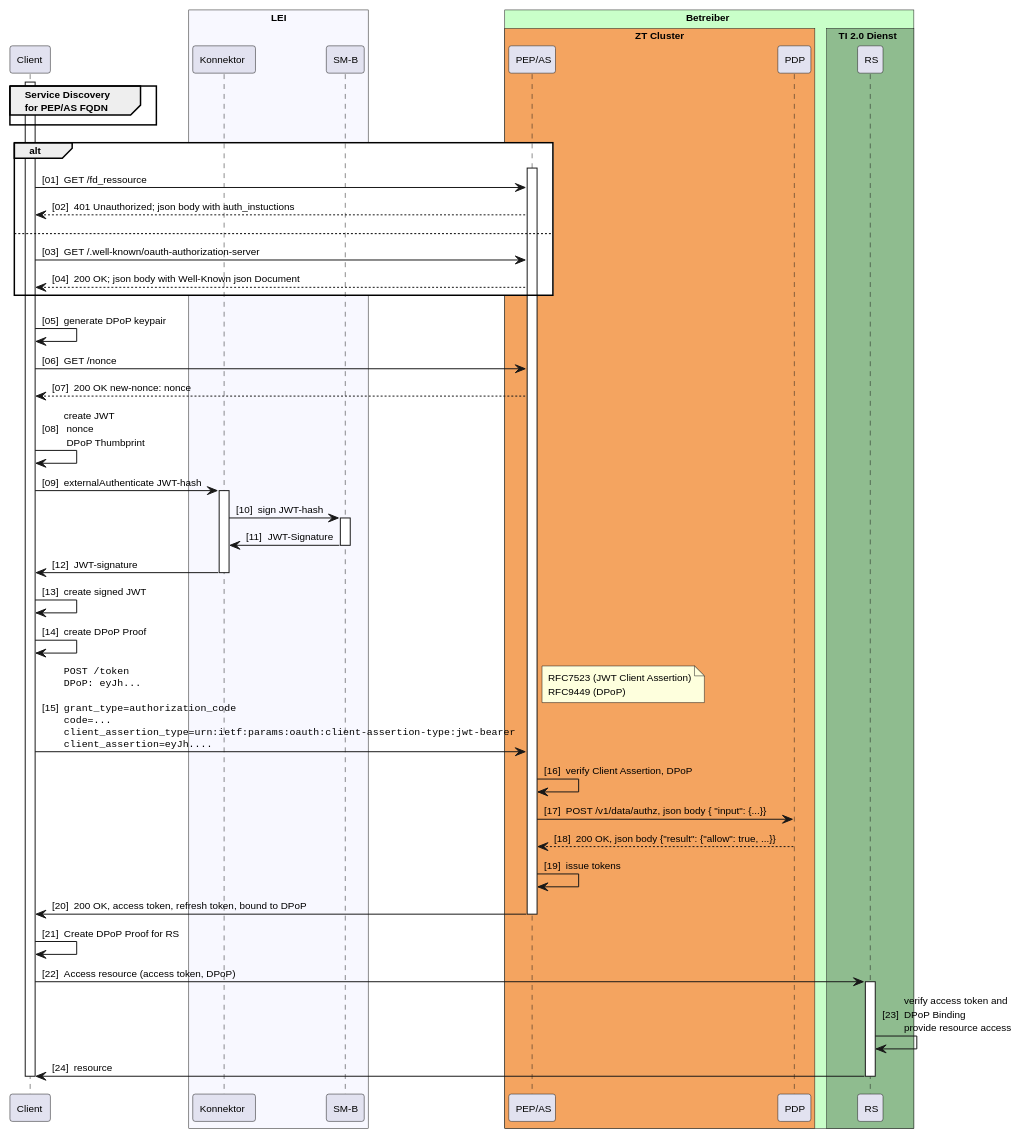
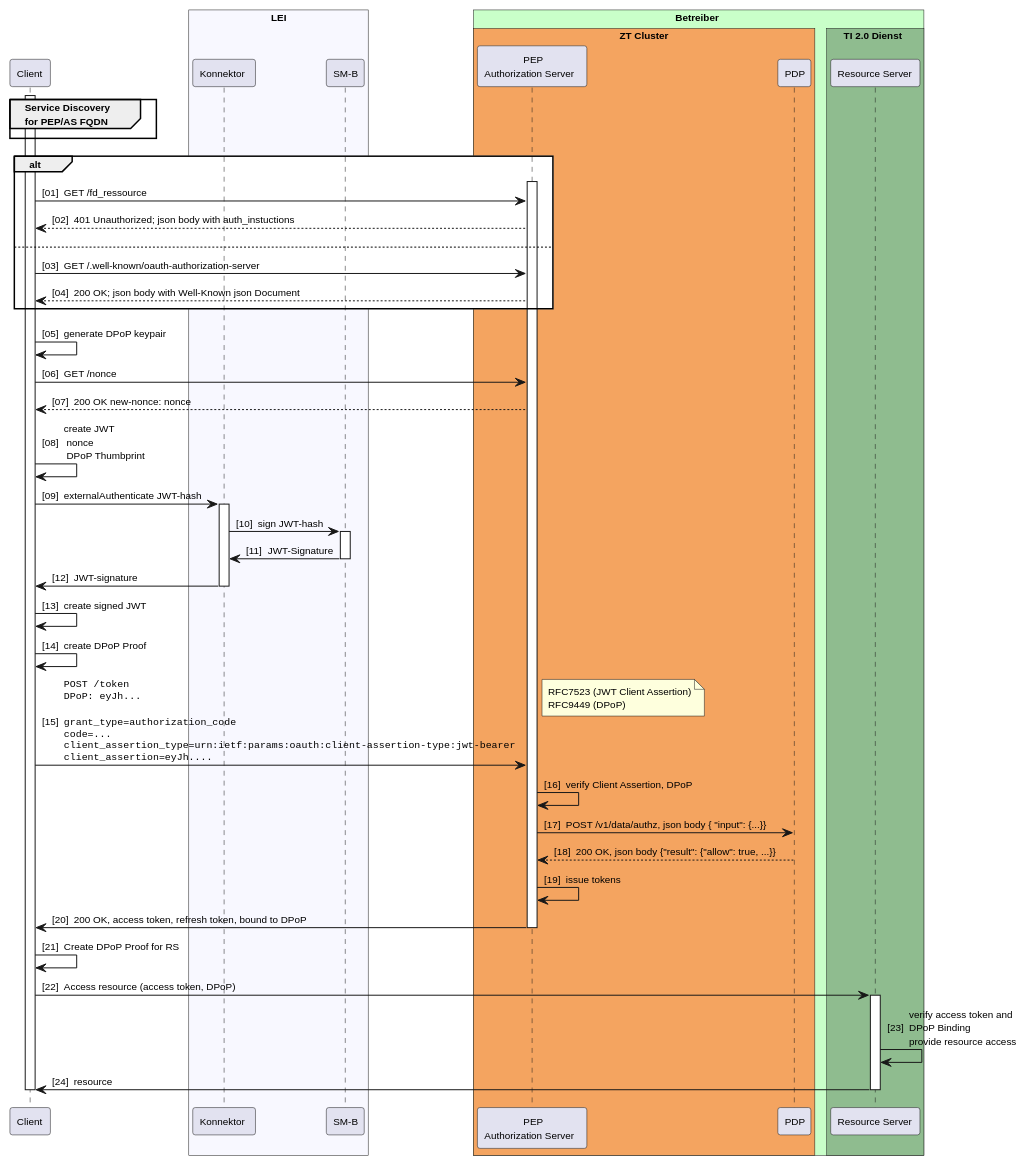
Before and after one commit to gematik/spec-t20r: the diagram in src/plantuml/sm-b-auth.puml, drawn with PlantUML. The commit also changed 1 other file, not shown here.

```diff
--- a/src/plantuml/sm-b-auth.puml
+++ b/src/plantuml/sm-b-auth.puml
@@ -1,81 +1,81 @@
 @startuml "OAuth 2.0 DPoP with SM-B"
 autonumber "[00]"
 skinparam defaultFontSize 10
 skinparam defaultFontName Helvetica
 skinparam DefaultMonospacedFontName Courier
 skinparam lengthAdjust none
 
 !pragma teoz true
 
 participant Client
 box "LEI" #GhostWhite
     participant Konnektor
     participant SMB as "SM-B"
 end box
 
 box "Betreiber" #TECHNOLOGY
     box "ZT Cluster" #SandyBrown
-        participant AuthS as "PEP/AS" 
+        participant AuthS as "PEP\nAuthorization Server" 
         participant PDP as "PDP"
     endbox
     box TI 2.0 Dienst #DarkSeaGreen
-        participant RS
+        participant RS as "Resource Server"
     endbox
 end box
 
 activate Client
 group Service Discovery\nfor PEP/AS FQDN
 end
 
 alt #White
     activate AuthS
     Client -> AuthS: GET /fd_ressource
     AuthS --> Client: 401 Unauthorized; json body with auth_instuctions
 else 
     Client -> AuthS: GET /.well-known/oauth-authorization-server 
     AuthS --> Client: 200 OK; json body with Well-Known json Document
 end
 
 Client -> Client: generate DPoP keypair
 Client -> AuthS: GET /nonce
 return 200 OK new-nonce: nonce
 Client -> Client: create JWT\n nonce\n DPoP Thumbprint
 Client -> Konnektor: externalAuthenticate JWT-hash
 activate Konnektor
 Konnektor -> SMB: sign JWT-hash
 activate SMB
 SMB -> Konnektor: JWT-Signature
 deactivate SMB
 Konnektor -> Client: JWT-signature
 deactivate Konnektor
 
 Client -> Client: create signed JWT
 Client -> Client: create DPoP Proof
 Client -> AuthS: ""POST /token""\n\
 ""DPoP: eyJh...""\n\n\
 ""grant_type=authorization_code""\n\
 ""code=...""\n\
 ""client_assertion_type=urn:ietf:params:oauth:client-assertion-type:jwt-bearer""\n\
 ""client_assertion=eyJh....""
 note right
 RFC7523 (JWT Client Assertion)
 RFC9449 (DPoP)
 end note
 
 AuthS -> AuthS: verify Client Assertion, DPoP
 AuthS -> PDP: POST /v1/data/authz, json body {  "input": {...}} 
 PDP --> AuthS: 200 OK, json body {"result": {"allow": true, ...}}
 AuthS -> AuthS: issue tokens
 AuthS -> Client: 200 OK, access token, refresh token, bound to DPoP
 deactivate AuthS
 Client -> Client: Create DPoP Proof for RS
 
 Client -> RS: Access resource (access token, DPoP)
 activate RS
 RS -> RS: verify access token and\nDPoP Binding\n\
 provide resource access
 RS -> Client: resource
 deactivate RS
 deactivate Client
 
 @enduml
```
